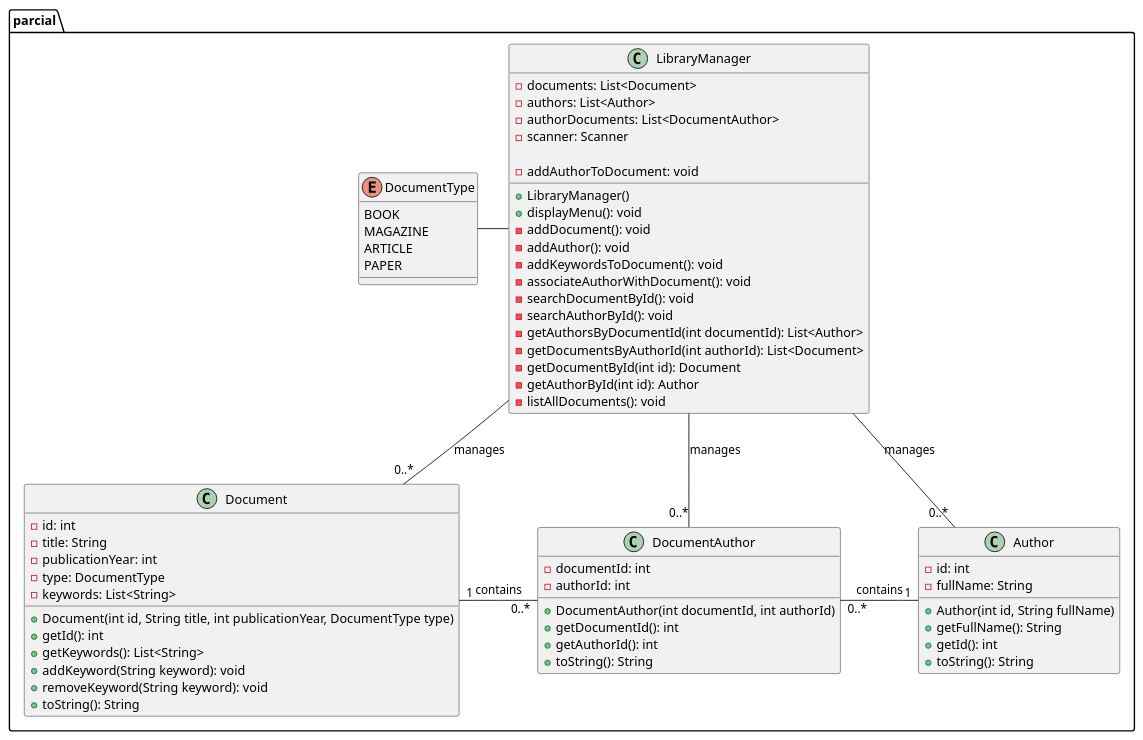
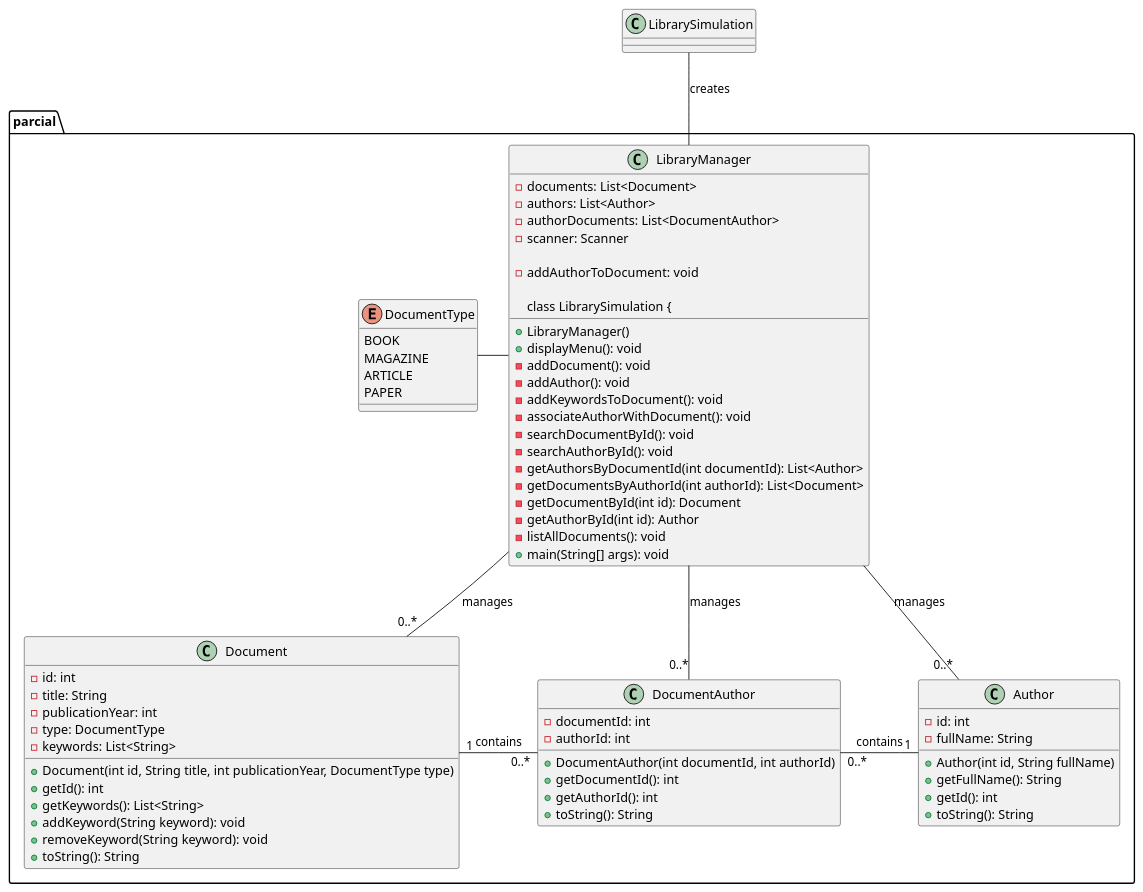
One commit to Martinez-rosa/23-24-eda2-ep changed the diagram in entregas/martinezMaura/parcial-eda2/Diagrama/Diagrama.puml. Above: the diagram before and after it, drawn with PlantUML.

```diff
--- a/entregas/martinezMaura/parcial-eda2/Diagrama/Diagrama.puml
+++ b/entregas/martinezMaura/parcial-eda2/Diagrama/Diagrama.puml
@@ -1,75 +1,79 @@
 @startuml
 package "parcial" {
     class Author {
         - id: int
         - fullName: String
 
         + Author(int id, String fullName)
         + getFullName(): String
         + getId(): int
         + toString(): String
     }
 
     enum DocumentType {
         BOOK
         MAGAZINE
         ARTICLE
         PAPER
     }
 
     class Document {
         - id: int
         - title: String
         - publicationYear: int
         - type: DocumentType
         - keywords: List<String>
 
         + Document(int id, String title, int publicationYear, DocumentType type)
         + getId(): int
         + getKeywords(): List<String>
         + addKeyword(String keyword): void
         + removeKeyword(String keyword): void
         + toString(): String
     }
 
     class DocumentAuthor {
         - documentId: int
         - authorId: int
 
         + DocumentAuthor(int documentId, int authorId)
         + getDocumentId(): int
         + getAuthorId(): int
         + toString(): String
     }
 
     class LibraryManager {
         - documents: List<Document>
         - authors: List<Author>
         - authorDocuments: List<DocumentAuthor>
         - scanner: Scanner
 
         + LibraryManager()
         + displayMenu(): void
         - addDocument(): void
         - addAuthorToDocument: void
         - addAuthor(): void
         - addKeywordsToDocument(): void
         - associateAuthorWithDocument(): void
         - searchDocumentById(): void
         - searchAuthorById(): void
         - getAuthorsByDocumentId(int documentId): List<Author>
         - getDocumentsByAuthorId(int authorId): List<Document>
         - getDocumentById(int id): Document
         - getAuthorById(int id): Author
         - listAllDocuments(): void
+  
+    class LibrarySimulation {
+        + main(String[] args): void
     }
 }
 
 LibraryManager -- "0..*" Document : manages
 LibraryManager -- "0..*" Author : manages
 LibraryManager -- "0..*" DocumentAuthor : manages
 Author "1" -l- "0..*" DocumentAuthor : contains
 Document "1" -r- "0..*"DocumentAuthor : contains
 DocumentType -r- LibraryManager
+LibrarySimulation -- LibraryManager : creates
 
 @enduml
```
